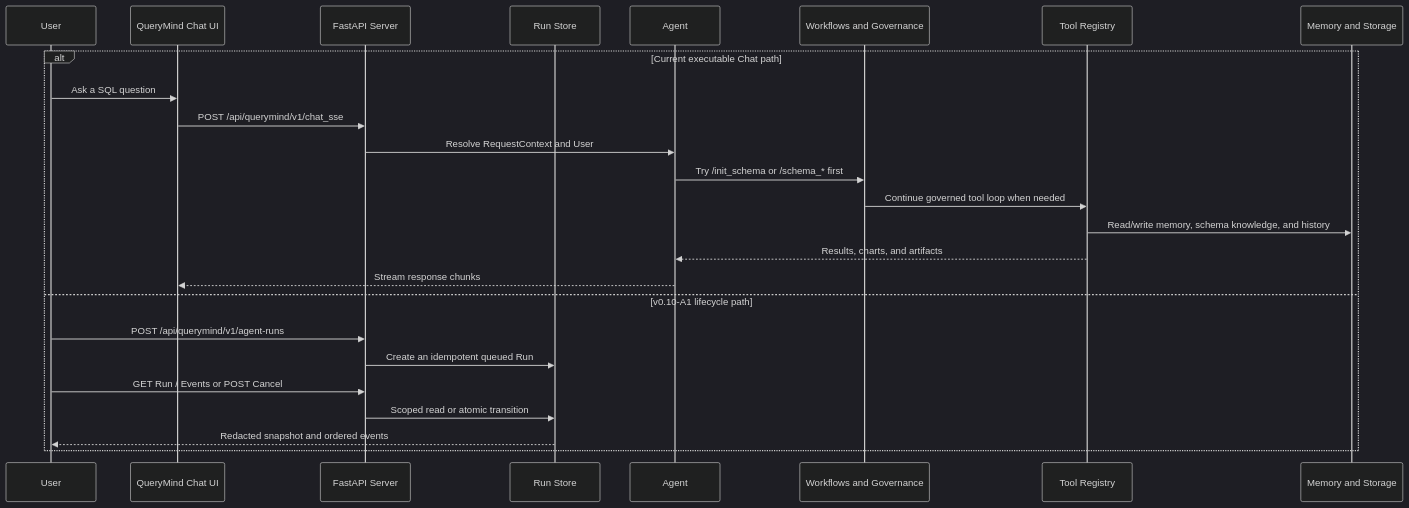
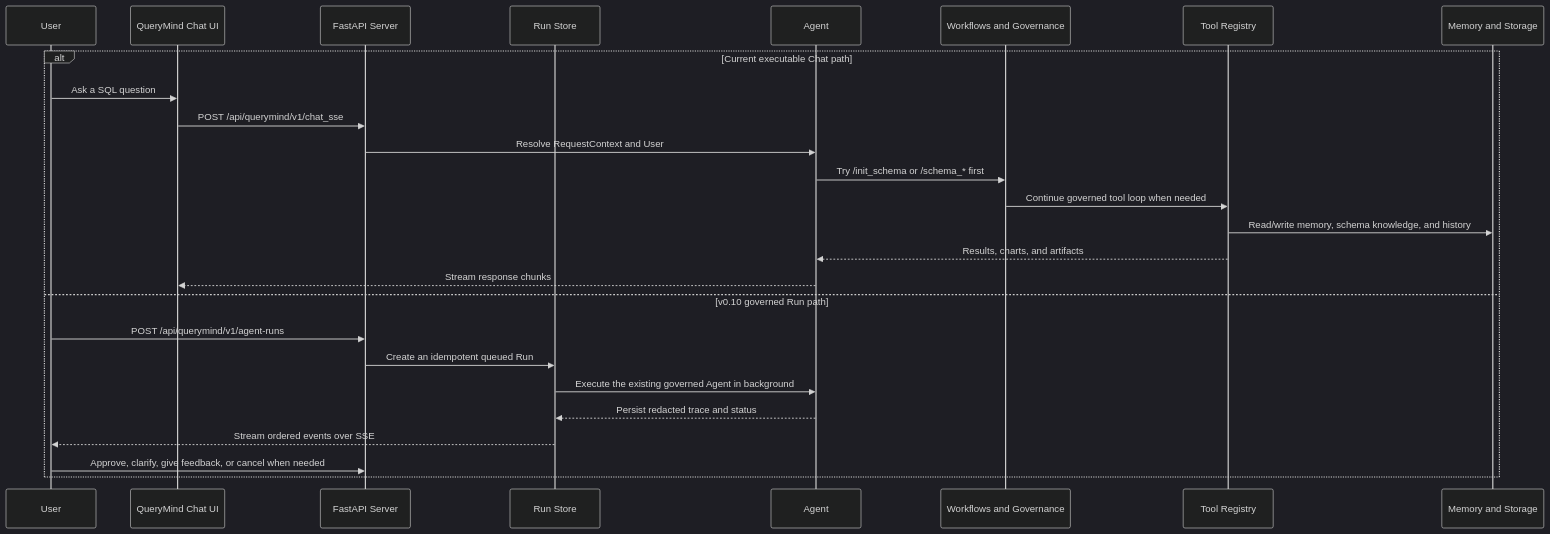
One commit to luyan9513/QueryMind-Enterprise changed the diagram in README.md. Above: the diagram before and after it, drawn with Mermaid (dark theme). The commit also changed other lines of this file and 58 other files, not shown here.

Commit message:
feat: complete governed agent quality and runtime upgrades

````diff
--- a/README.md
+++ b/README.md
@@ -118,28 +119,29 @@
 ```mermaid
 sequenceDiagram
     participant U as User
     participant UI as QueryMind Chat UI
     participant API as FastAPI Server
     participant R as Run Store
     participant A as Agent
     participant W as Workflows and Governance
     participant T as Tool Registry
     participant M as Memory and Storage
 
     alt Current executable Chat path
         U->>UI: Ask a SQL question
         UI->>API: POST /api/querymind/v1/chat_sse
         API->>A: Resolve RequestContext and User
         A->>W: Try /init_schema or /schema_* first
         W->>T: Continue governed tool loop when needed
         T->>M: Read/write memory, schema knowledge, and history
         T-->>A: Results, charts, and artifacts
         A-->>UI: Stream response chunks
-    else v0.10-A1 lifecycle path
+    else v0.10 governed Run path
         U->>API: POST /api/querymind/v1/agent-runs
         API->>R: Create an idempotent queued Run
-        U->>API: GET Run / Events or POST Cancel
-        API->>R: Scoped read or atomic transition
-        R-->>U: Redacted snapshot and ordered events
+        R->>A: Execute the existing governed Agent in background
+        A-->>R: Persist redacted trace and status
+        R-->>U: Stream ordered events over SSE
+        U->>API: Approve, clarify, give feedback, or cancel when needed
     end
 ```
````
